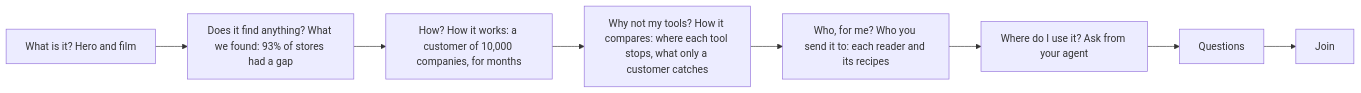
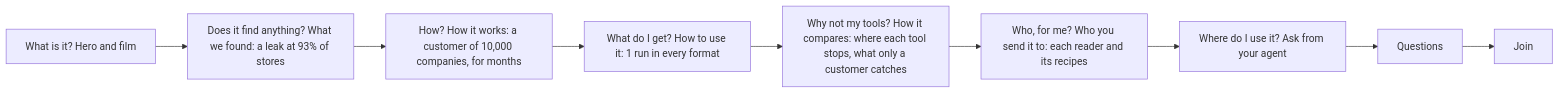
The second of 2 diagrams in COPY.md (UseObsession/homepage), drawn with Mermaid before and after one commit. The commit also changed other lines of this file and 10 other files, not shown here.

````diff
--- a/COPY.md
+++ b/COPY.md
@@ -163,9 +163,10 @@
 ```mermaid
 flowchart LR
-  a["What is it? Hero and film"] --> b["Does it find anything? What we found: 93% of stores had a gap"]
+  a["What is it? Hero and film"] --> b["Does it find anything? What we found: a leak at 93% of stores"]
   b --> c["How? How it works: a customer of 10,000 companies, for months"]
-  c --> d["Why not my tools? How it compares: where each tool stops, what only a customer catches"]
+  c --> c2["What do I get? How to use it: 1 run in every format"]
+  c2 --> d["Why not my tools? How it compares: where each tool stops, what only a customer catches"]
   d --> e["Who, for me? Who you send it to: each reader and its recipes"]
   e --> f["Where do I use it? Ask from your agent"]
   f --> j["Questions"] --> k["Join"]
 ```
````
